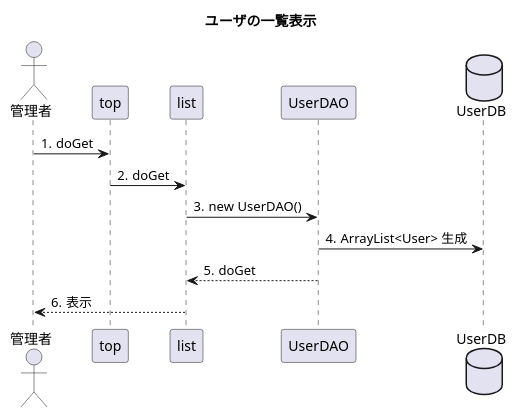
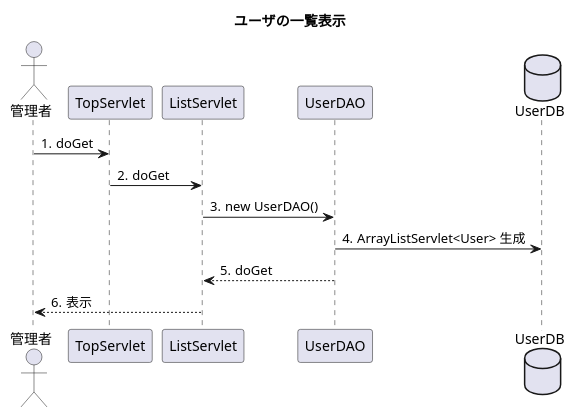
The diagram in uml_detail/seq_listup.pu (toufu66/ProjectC), drawn with PlantUML before and after one commit. The commit also changed 1 other file, not shown here.

```diff
--- a/uml_detail/seq_listup.pu
+++ b/uml_detail/seq_listup.pu
@@ -1,19 +1,19 @@
 @startuml
 title ユーザの一覧表示
 
 autonumber "#."
 
 actor 管理者
-participant top
-participant list
+participant TopServlet
+participant ListServlet
 participant UserDAO
 database UserDB
 
-管理者->top:doGet
-top->list:doGet
-list->UserDAO:new UserDAO()
-UserDAO->UserDB:ArrayList<User> 生成
-UserDAO-->list:doGet
-list-->管理者:表示
+管理者->TopServlet:doGet
+TopServlet->ListServlet:doGet
+ListServlet->UserDAO:new UserDAO()
+UserDAO->UserDB:ArrayListServlet<User> 生成
+UserDAO-->ListServlet:doGet
+ListServlet-->管理者:表示
 
 @enduml
```
